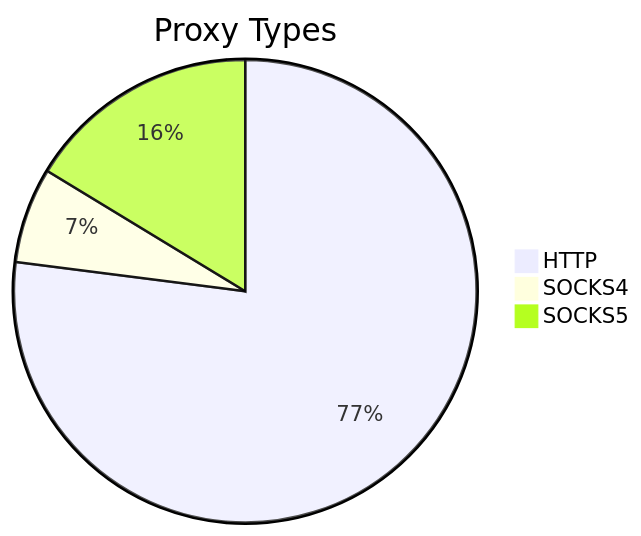
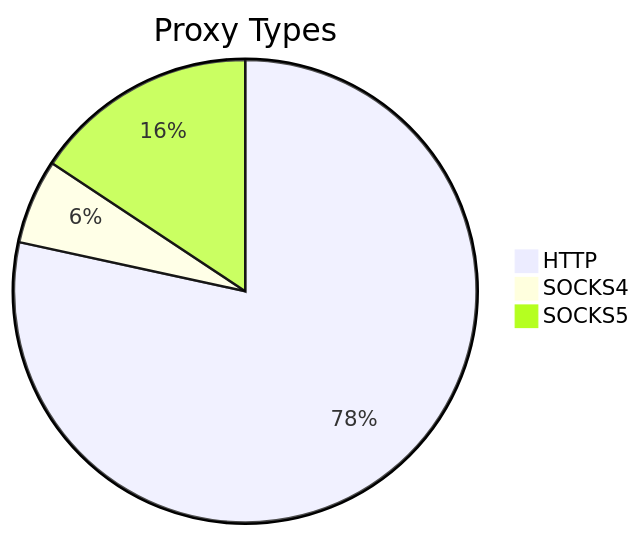
One commit to stormsia/proxy-list changed the first of 2 diagrams in README.md. Above: the diagram before and after it, drawn with Mermaid. The commit also changed other lines of this file, not shown here.

````diff
--- a/README.md
+++ b/README.md
@@ -21,6 +21,6 @@
 ```mermaid
 pie title Proxy Types
-    "HTTP" : 543
-    "SOCKS4" : 47
-    "SOCKS5" : 115
+    "HTTP" : 610
+    "SOCKS4" : 46
+    "SOCKS5" : 122
 ```
````
